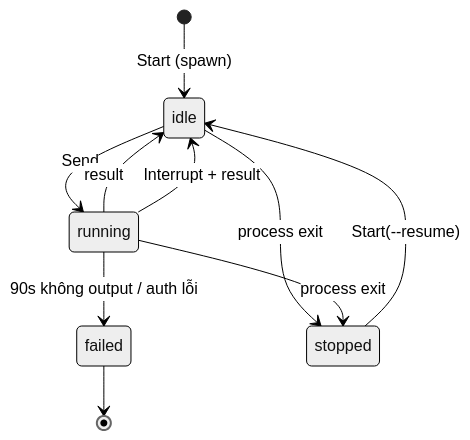
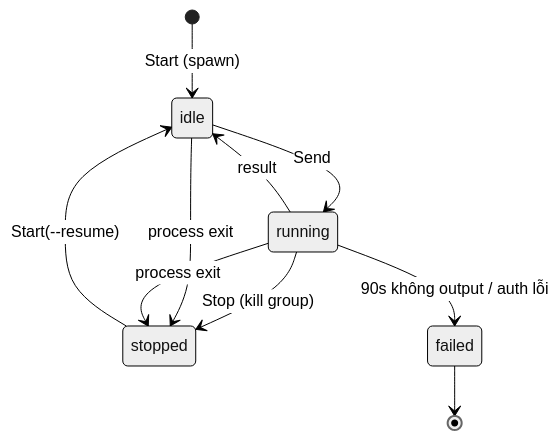
The third of 3 diagrams in docs/specs/features/agent-runtime/design.md (chjpcojit/agents-management), drawn with Mermaid (neutral theme) before and after one commit. The commit also changed other lines of this file and 15 other files, not shown here.

````diff
--- a/docs/specs/features/agent-runtime/design.md
+++ b/docs/specs/features/agent-runtime/design.md
@@ -108,12 +112,12 @@
 ```mermaid
 stateDiagram-v2
     [*] --> idle: Start (spawn)
     idle --> running: Send
     running --> idle: result
-    running --> idle: Interrupt + result
+    running --> stopped: Stop (kill group)
     running --> failed: 90s không output / auth lỗi
     idle --> stopped: process exit
     running --> stopped: process exit
     stopped --> idle: Start(--resume)
     failed --> [*]
 ```
````
